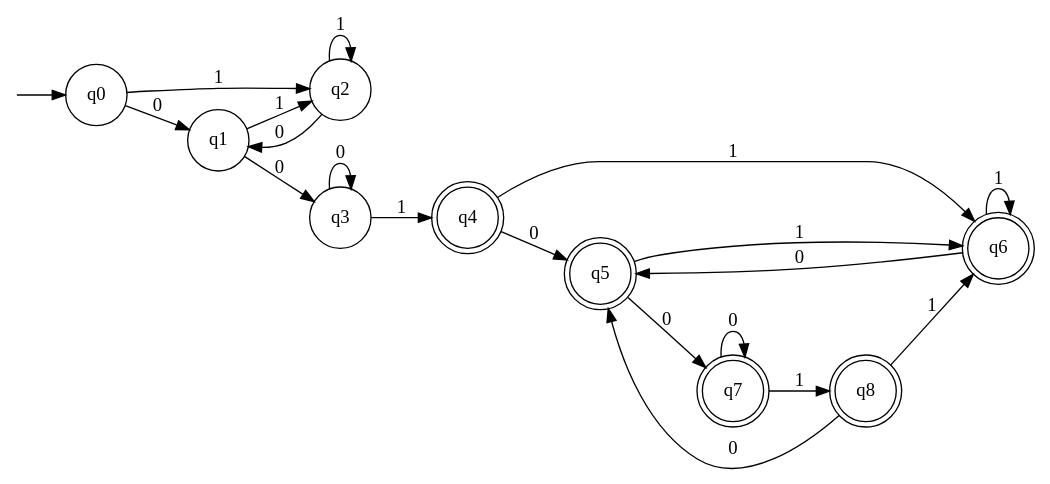
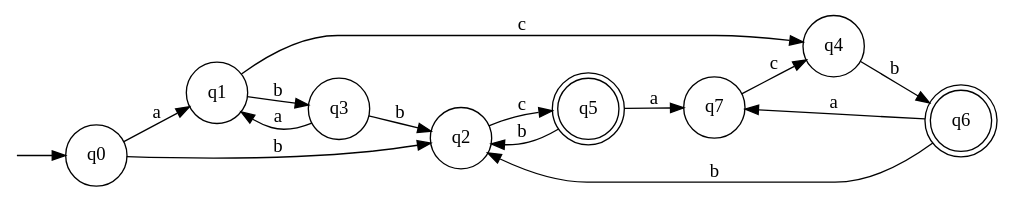
One commit to water-mizuu/finite_automata_conversion changed the diagram in dfa.dot. Above: the diagram before and after it, drawn with Graphviz. The commit also changed 9 other files, not shown here.

```diff
--- a/dfa.dot
+++ b/dfa.dot
@@ -1,32 +1,26 @@
 digraph G {
   rankdir=LR;
   n__ [label="" shape=none width=.0];
   0 [shape=circle label="q0"];
   1 [shape=circle label="q1"];
   2 [shape=circle label="q2"];
   3 [shape=circle label="q3"];
-  4 [shape=doublecircle label="q4"];
+  4 [shape=circle label="q4"];
   5 [shape=doublecircle label="q5"];
   6 [shape=doublecircle label="q6"];
-  7 [shape=doublecircle label="q7"];
-  8 [shape=doublecircle label="q8"];
+  7 [shape=circle label="q7"];
   n__ -> 0;
-  0 -> 1 [label="0"];
-  0 -> 2 [label="1"];
-  1 -> 3 [label="0"];
-  1 -> 2 [label="1"];
-  2 -> 1 [label="0"];
-  2 -> 2 [label="1"];
-  3 -> 3 [label="0"];
-  3 -> 4 [label="1"];
-  4 -> 5 [label="0"];
-  4 -> 6 [label="1"];
-  5 -> 7 [label="0"];
-  5 -> 6 [label="1"];
-  6 -> 5 [label="0"];
-  6 -> 6 [label="1"];
-  7 -> 7 [label="0"];
-  7 -> 8 [label="1"];
-  8 -> 5 [label="0"];
-  8 -> 6 [label="1"];
+  0 -> 1 [label="a"];
+  0 -> 2 [label="b"];
+  1 -> 3 [label="b"];
+  1 -> 4 [label="c"];
+  2 -> 5 [label="c"];
+  3 -> 1 [label="a"];
+  3 -> 2 [label="b"];
+  4 -> 6 [label="b"];
+  5 -> 7 [label="a"];
+  5 -> 2 [label="b"];
+  6 -> 7 [label="a"];
+  6 -> 2 [label="b"];
+  7 -> 4 [label="c"];
 }
```
